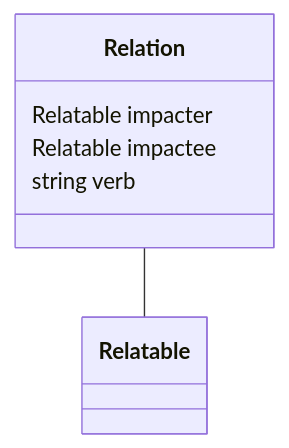
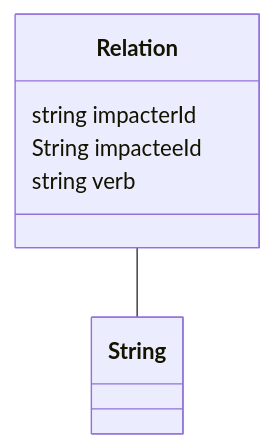
The diagram in datamodel-build/mermaid/Relation.mmd (codexstanford/Insurance-Payout-Ontology), drawn with Mermaid before and after one commit. The commit also changed 61 other files, not shown here.

```diff
--- a/datamodel-build/mermaid/Relation.mmd
+++ b/datamodel-build/mermaid/Relation.mmd
@@ -1,11 +1,11 @@
 classDiagram
-  Relation -- Relatable
+  Relation -- String
 
 
 class Relation {
 
-  Relatable impacter
-  Relatable impactee
+  string impacterId
+  String impacteeId
   string verb
 
 }
```
